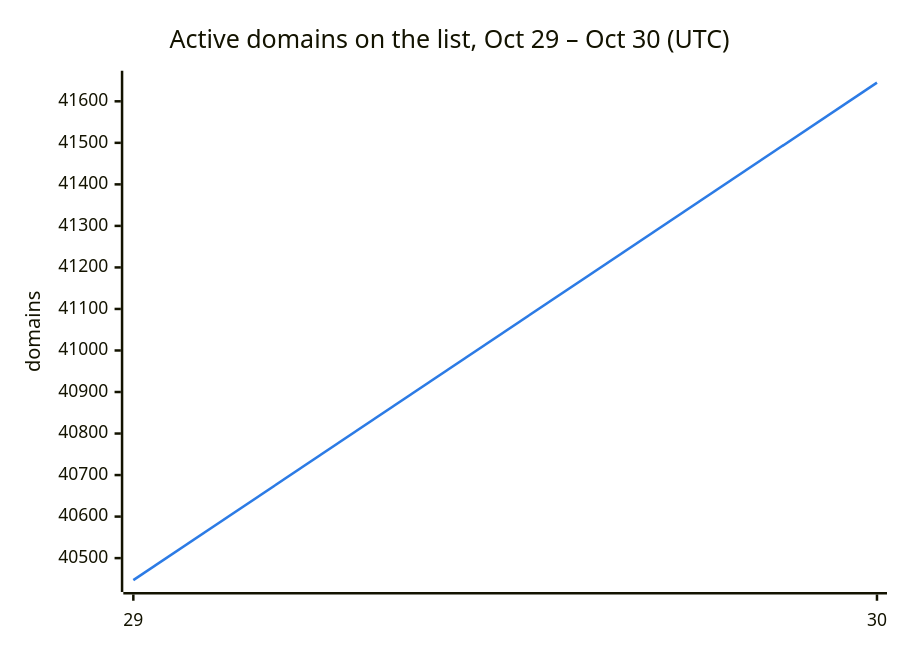
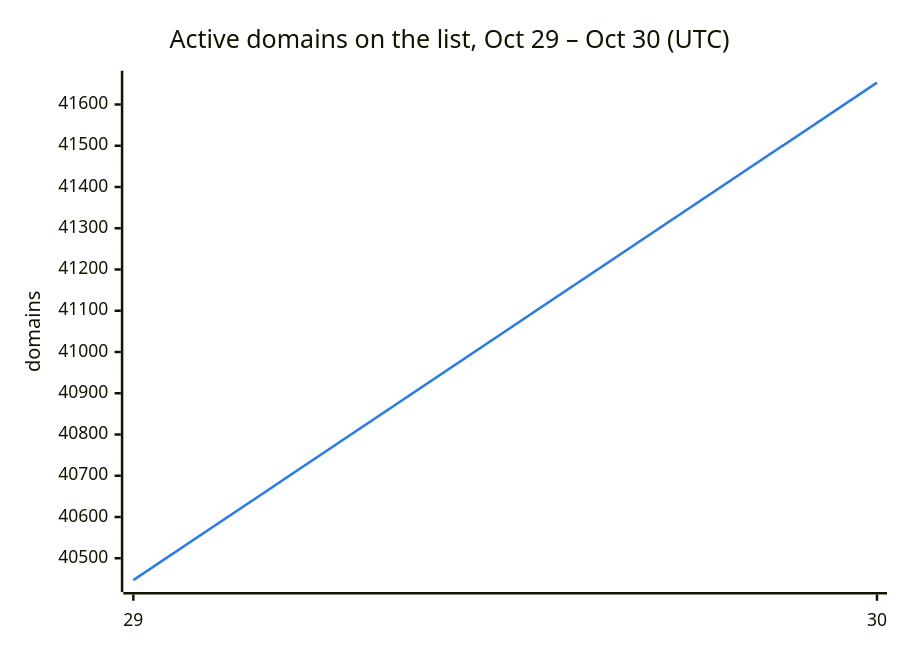
One commit to DNSBunker/CTI changed the second of 3 diagrams in README.md. Above: the diagram before and after it, drawn with Mermaid. The commit also changed other lines of this file and 3 other files, not shown here.

````diff
--- a/README.md
+++ b/README.md
@@ -38,8 +38,8 @@
 ```mermaid
 %%{init: {"themeVariables": {"xyChart": {"plotColorPalette": "#2c7be5"}}}}%%
 xychart-beta
     title "Active domains on the list, Oct 29 – Oct 30 (UTC)"
     x-axis ["29", "30"]
     y-axis "domains"
-    line [40447, 41645]
+    line [40447, 41653]
 ```
````
